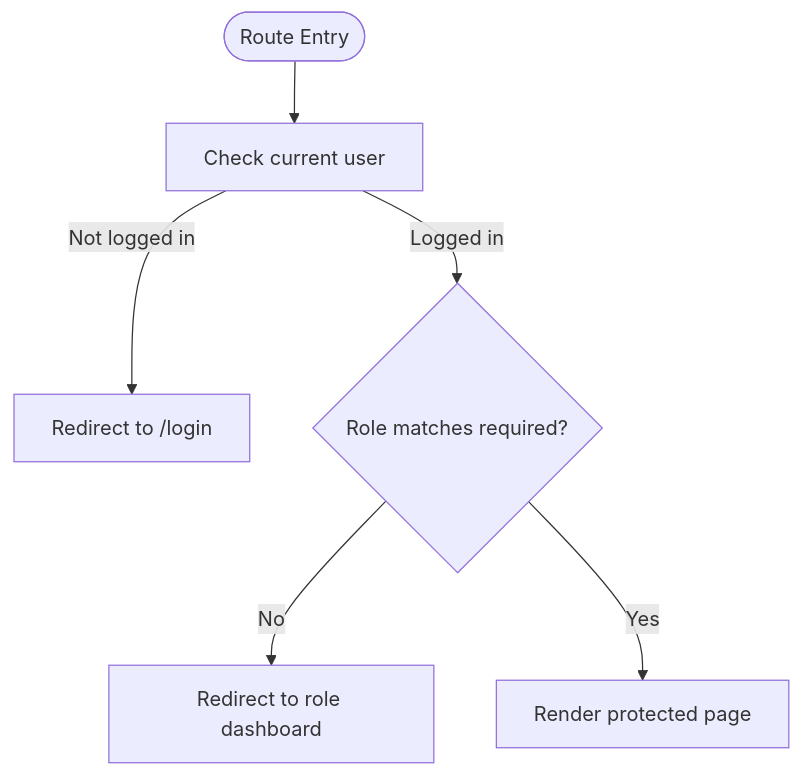
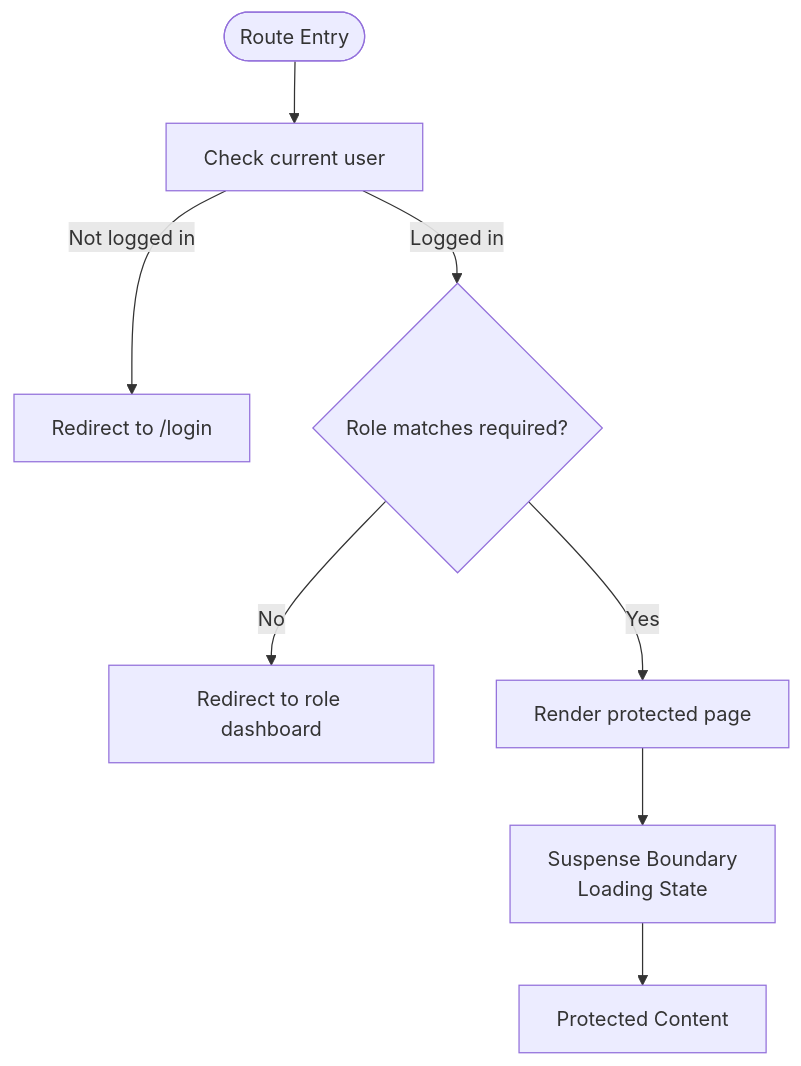
Before and after one commit to ZandileMkontwana/olympiad-portal: the third of 6 diagrams in .qoder/repowiki/en/content/Frontend Architecture/Routing & Navigation System.md, drawn with Mermaid. The commit also changed other lines of this file and 5 other files, not shown here.

````diff
--- a/.qoder/repowiki/en/content/Frontend Architecture/Routing & Navigation System.md
+++ b/.qoder/repowiki/en/content/Frontend Architecture/Routing & Navigation System.md
@@ -153,8 +168,10 @@
 ```mermaid
 flowchart TD
 Start(["Route Entry"]) --> CheckAuth["Check current user"]
 CheckAuth --> |Not logged in| ToLogin["Redirect to /login"]
 CheckAuth --> |Logged in| CheckRole{"Role matches required?"}
 CheckRole --> |No| ToDash["Redirect to role dashboard"]
 CheckRole --> |Yes| Allow["Render protected page"]
+Allow --> Suspense["Suspense Boundary<br/>Loading State"]
+Suspense --> Content["Protected Content"]
 ```
````
